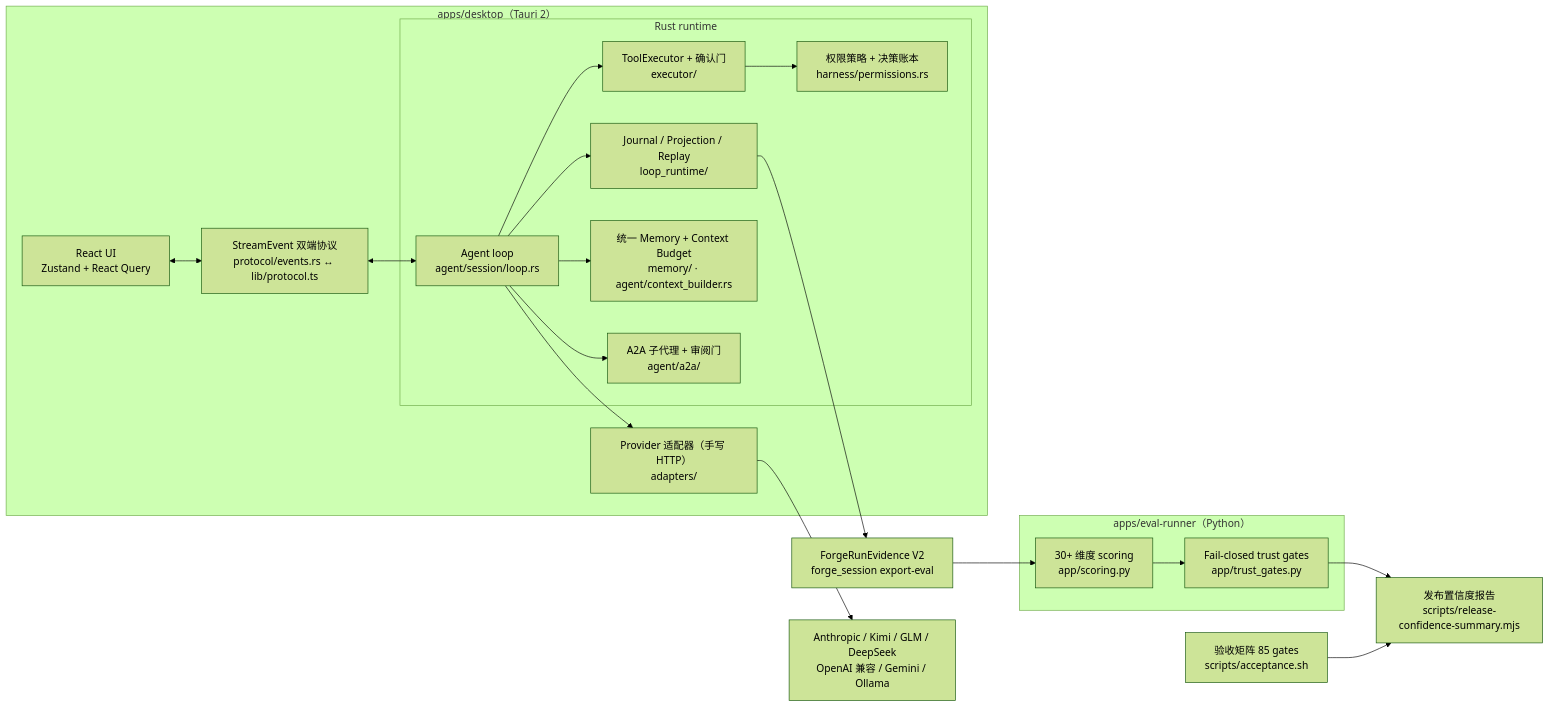
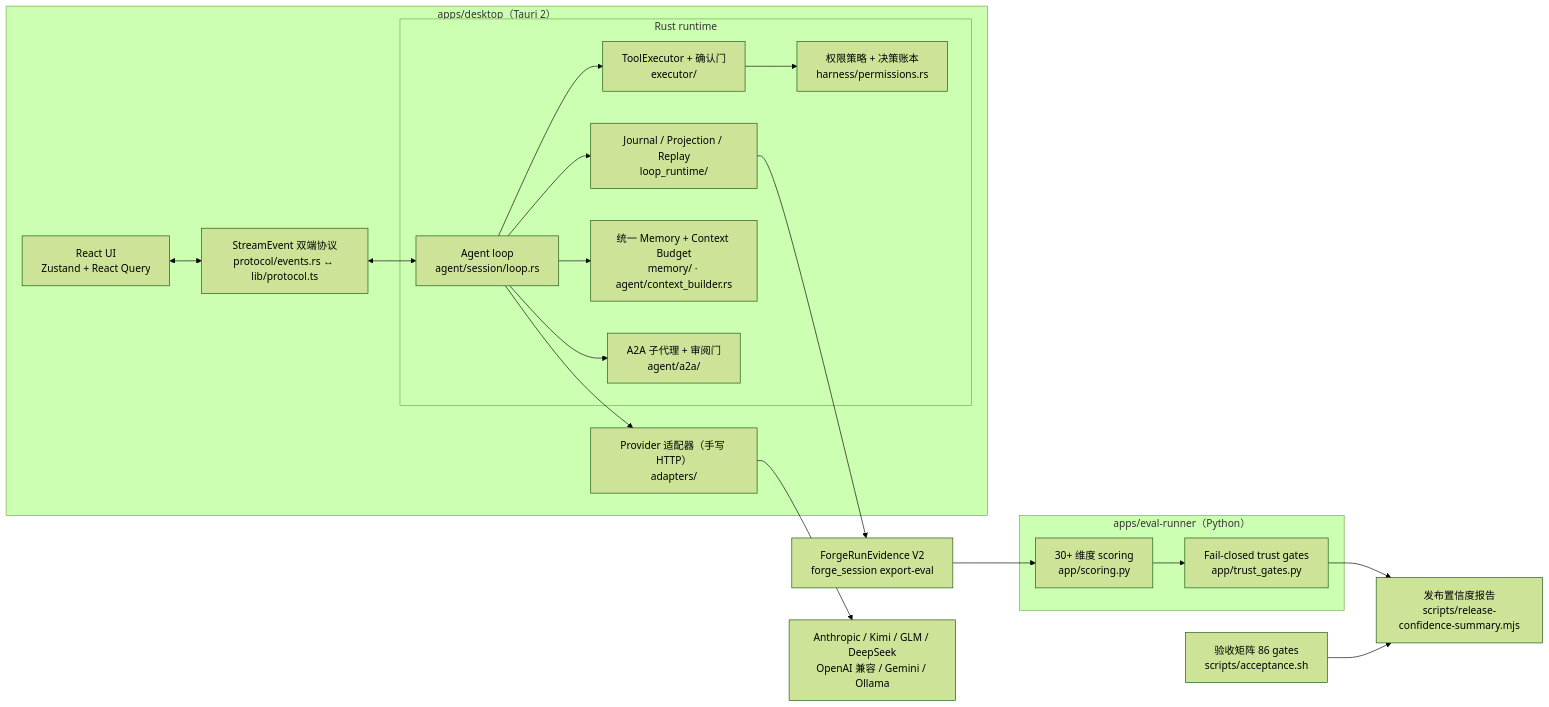
Before and after one commit to Cabbos/forge: the diagram in README.md, drawn with Mermaid (forest theme). The commit also changed other lines of this file and 9 other files, not shown here.

````diff
--- a/README.md
+++ b/README.md
@@ -32,39 +32,39 @@
 ```mermaid
 flowchart LR
   subgraph Desktop["apps/desktop（Tauri 2）"]
     UI["React UI<br/>Zustand + React Query"]
     Protocol["StreamEvent 双端协议<br/>protocol/events.rs ↔ lib/protocol.ts"]
     subgraph Runtime["Rust runtime"]
       Loop["Agent loop<br/>agent/session/loop.rs"]
       Exec["ToolExecutor + 确认门<br/>executor/"]
       Perm["权限策略 + 决策账本<br/>harness/permissions.rs"]
       Journal["Journal / Projection / Replay<br/>loop_runtime/"]
       Mem["统一 Memory + Context Budget<br/>memory/ · agent/context_builder.rs"]
       A2A["A2A 子代理 + 审阅门<br/>agent/a2a/"]
     end
     Adapters["Provider 适配器（手写 HTTP）<br/>adapters/"]
   end
   Providers["Anthropic / Kimi / GLM / DeepSeek<br/>OpenAI 兼容 / Gemini / Ollama"]
   Evidence["ForgeRunEvidence V2<br/>forge_session export-eval"]
   subgraph Eval["apps/eval-runner（Python）"]
     Scoring["30+ 维度 scoring<br/>app/scoring.py"]
     Trust["Fail-closed trust gates<br/>app/trust_gates.py"]
   end
-  Accept["验收矩阵 85 gates<br/>scripts/acceptance.sh"]
+  Accept["验收矩阵 86 gates<br/>scripts/acceptance.sh"]
   Confidence["发布置信度报告<br/>scripts/release-confidence-summary.mjs"]
 
   UI <--> Protocol
   Protocol <--> Loop
   Loop --> Exec
   Exec --> Perm
   Loop --> Journal
   Loop --> Mem
   Loop --> A2A
   Loop --> Adapters
   Adapters --> Providers
   Journal --> Evidence
   Evidence --> Scoring
   Scoring --> Trust
   Trust --> Confidence
   Accept --> Confidence
 ```
````
